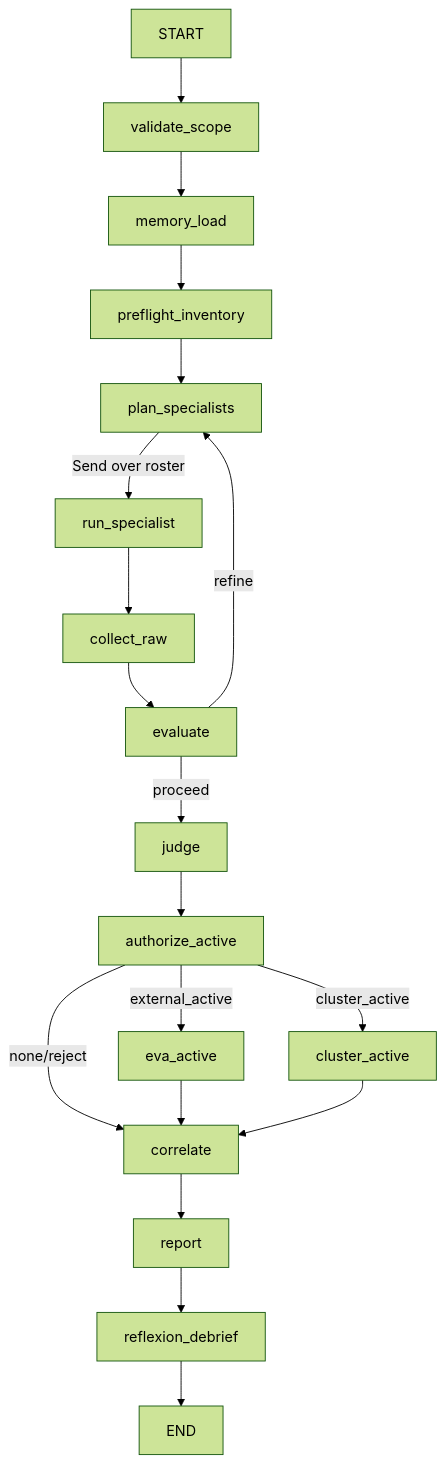
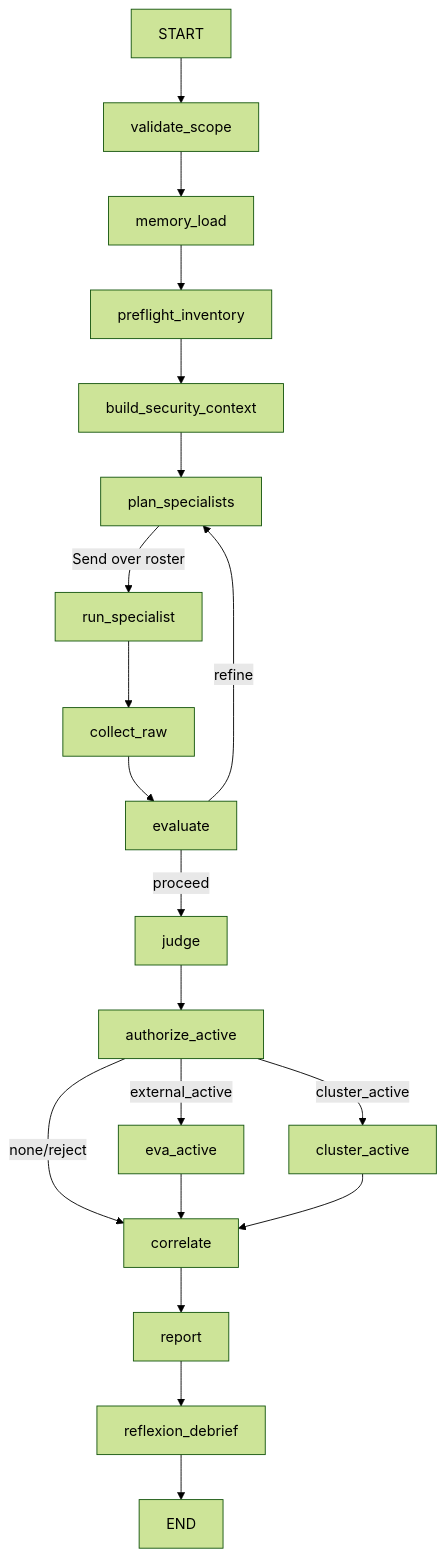
One commit to Contoso-State/red-team-agent-orchestration changed the diagram in integrations/langgraph/README.md. Above: the diagram before and after it, drawn with Mermaid (forest theme). The commit also changed 17 other files, not shown here.

Commit message:
feat(graph): add shared security context stage

````diff
--- a/integrations/langgraph/README.md
+++ b/integrations/langgraph/README.md
@@ -33,21 +33,22 @@
 ```mermaid
 flowchart TD
     START --> validate_scope
     validate_scope --> memory_load
     memory_load --> preflight_inventory
-    preflight_inventory --> plan_specialists
+    preflight_inventory --> build_security_context
+    build_security_context --> plan_specialists
     plan_specialists -- Send over roster --> run_specialist
     run_specialist --> collect_raw
     collect_raw --> evaluate
     evaluate -- refine --> plan_specialists
     evaluate -- proceed --> judge
     judge --> authorize_active
     authorize_active -- external_active --> eva_active
     authorize_active -- cluster_active --> cluster_active
     authorize_active -- none/reject --> correlate
     eva_active --> correlate
     cluster_active --> correlate
     correlate --> report
     report --> reflexion_debrief
     reflexion_debrief --> END
 ```
````
